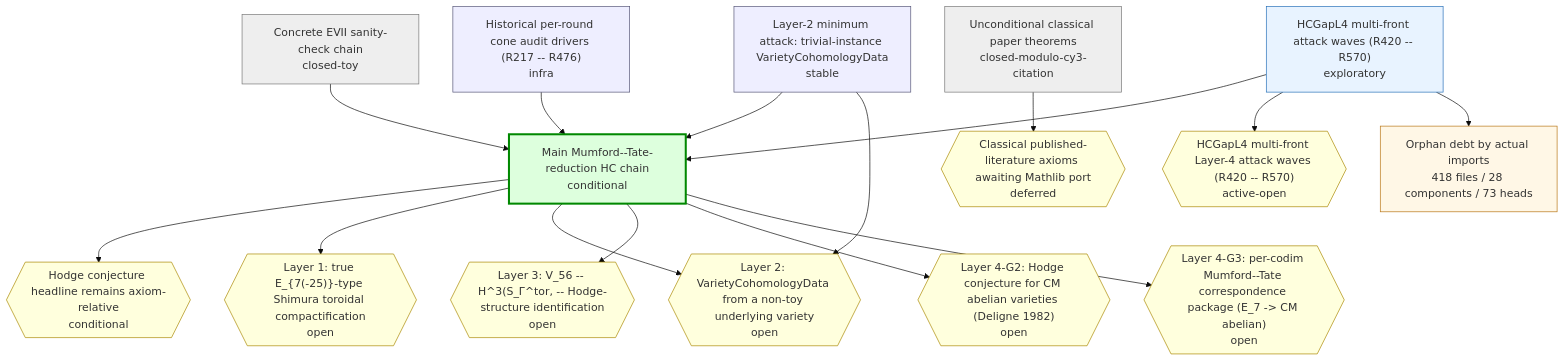
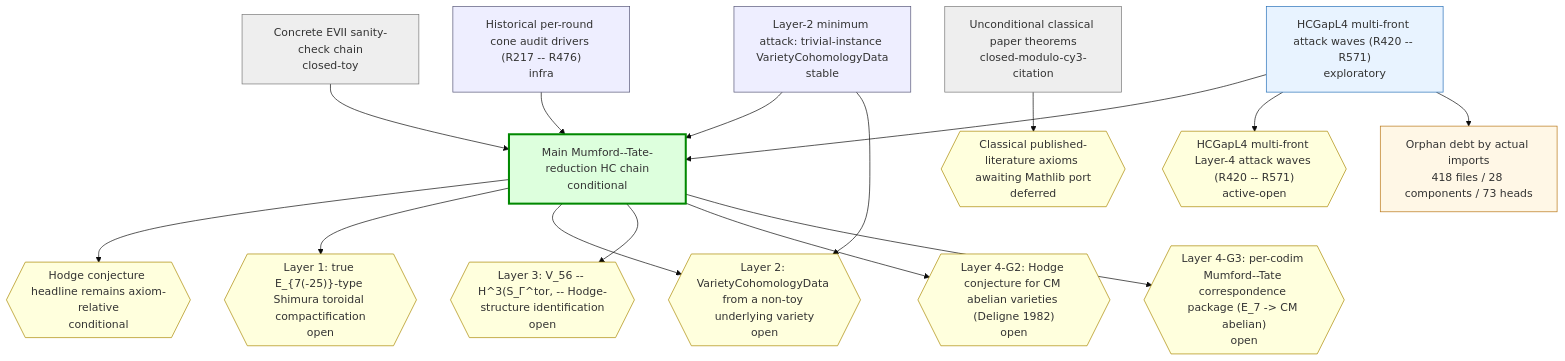
The first of 2 diagrams in chain-status/research-map.md (crabsatellite/hodge-conjecture-lean4-formalization), drawn with Mermaid (base theme) before and after one commit. The commit also changed other lines of this file and 7 other files, not shown here.

````diff
--- a/chain-status/research-map.md
+++ b/chain-status/research-map.md
@@ -45,44 +45,44 @@
 ```mermaid
 graph TD
   classDef main fill:#dfd,stroke:#080,stroke-width:3px
   classDef active fill:#e8f3ff,stroke:#2670b8
   classDef support fill:#eef,stroke:#557
   classDef closed fill:#eee,stroke:#777
   classDef dead fill:#fdd,stroke:#a00,stroke-width:2px
   classDef gapOpen fill:#ffd,stroke:#a80
   classDef gapClosed fill:#eee,stroke:#777
   classDef gapDead fill:#fdd,stroke:#a00
   classDef debt fill:#fff7e6,stroke:#b87514
   classDef debtTaxonomy fill:#e8f3ff,stroke:#2670b8,stroke-dasharray:3 3
   classDef debtRule fill:#eefbea,stroke:#398439,stroke-dasharray:3 3
   classDef debtDead fill:#fdd,stroke:#a00,stroke-dasharray:3 3
   chain_main_hc_axiom_relative["Main Mumford--Tate-reduction HC chain\nconditional"]:::main
   chain_unconditional_classical["Unconditional classical paper theorems\nclosed-modulo-cy3-citation"]:::closed
   chain_hcgap_l2_trivial_instances["Layer-2 minimum attack: trivial-instance VarietyCohomologyData\nstable"]:::support
-  chain_hcgap_l4_multifront_active["HCGapL4 multi-front attack waves (R420 -- R570)\nexploratory"]:::active
+  chain_hcgap_l4_multifront_active["HCGapL4 multi-front attack waves (R420 -- R571)\nexploratory"]:::active
   chain_concrete_evii_toy["Concrete EVII sanity-check chain\nclosed-toy"]:::closed
   chain_historical_cone_audits["Historical per-round cone audit drivers (R217 -- R476)\ninfra"]:::support
   gap_G_main_hc{{"Hodge conjecture headline remains axiom-relative\nconditional"}}:::gapOpen
   gap_G_l1_e7_shimura_tor{{"Layer 1: true E_{7(-25)}-type Shimura toroidal compactification\nopen"}}:::gapOpen
   gap_G_l2_cohomology_construction{{"Layer 2: VarietyCohomologyData from a non-toy underlying variety\nopen"}}:::gapOpen
   gap_G_l3_v56_mt_identification{{"Layer 3: V_56 -- H^3(S_Γ^tor, -- Hodge-structure identification\nopen"}}:::gapOpen
   gap_G_l4_cm_abelian_hc{{"Layer 4-G2: Hodge conjecture for CM abelian varieties (Deligne 1982)\nopen"}}:::gapOpen
   gap_G_l4_mt_correspondence{{"Layer 4-G3: per-codim Mumford--Tate correspondence package (E_7 -> CM abelian)\nopen"}}:::gapOpen
   gap_G_classical_mathlib_port{{"Classical published-literature axioms awaiting Mathlib port\ndeferred"}}:::gapOpen
-  gap_G_hcgap_l4_multifront{{"HCGapL4 multi-front Layer-4 attack waves (R420 -- R570)\nactive-open"}}:::gapOpen
+  gap_G_hcgap_l4_multifront{{"HCGapL4 multi-front Layer-4 attack waves (R420 -- R571)\nactive-open"}}:::gapOpen
   chain_main_hc_axiom_relative --> gap_G_main_hc
   chain_main_hc_axiom_relative --> gap_G_l1_e7_shimura_tor
   chain_main_hc_axiom_relative --> gap_G_l2_cohomology_construction
   chain_main_hc_axiom_relative --> gap_G_l3_v56_mt_identification
   chain_main_hc_axiom_relative --> gap_G_l4_cm_abelian_hc
   chain_main_hc_axiom_relative --> gap_G_l4_mt_correspondence
   chain_unconditional_classical --> gap_G_classical_mathlib_port
   chain_hcgap_l2_trivial_instances --> chain_main_hc_axiom_relative
   chain_hcgap_l2_trivial_instances --> gap_G_l2_cohomology_construction
   chain_hcgap_l4_multifront_active --> chain_main_hc_axiom_relative
   chain_hcgap_l4_multifront_active --> gap_G_hcgap_l4_multifront
   chain_concrete_evii_toy --> chain_main_hc_axiom_relative
   chain_historical_cone_audits --> chain_main_hc_axiom_relative
   debt_all["Orphan debt by actual imports\n418 files / 28 components / 73 heads"]:::debt
   chain_hcgap_l4_multifront_active --> debt_all
 ```
````
